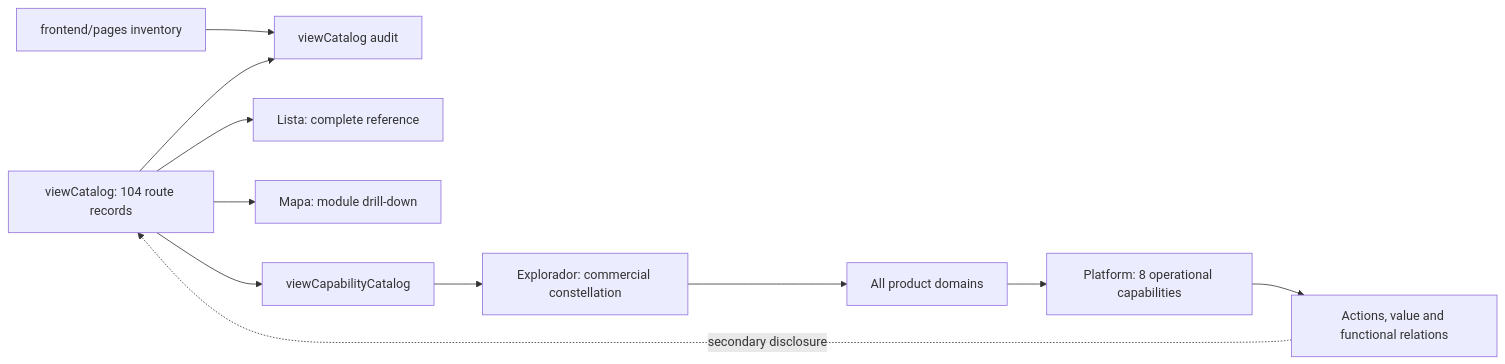
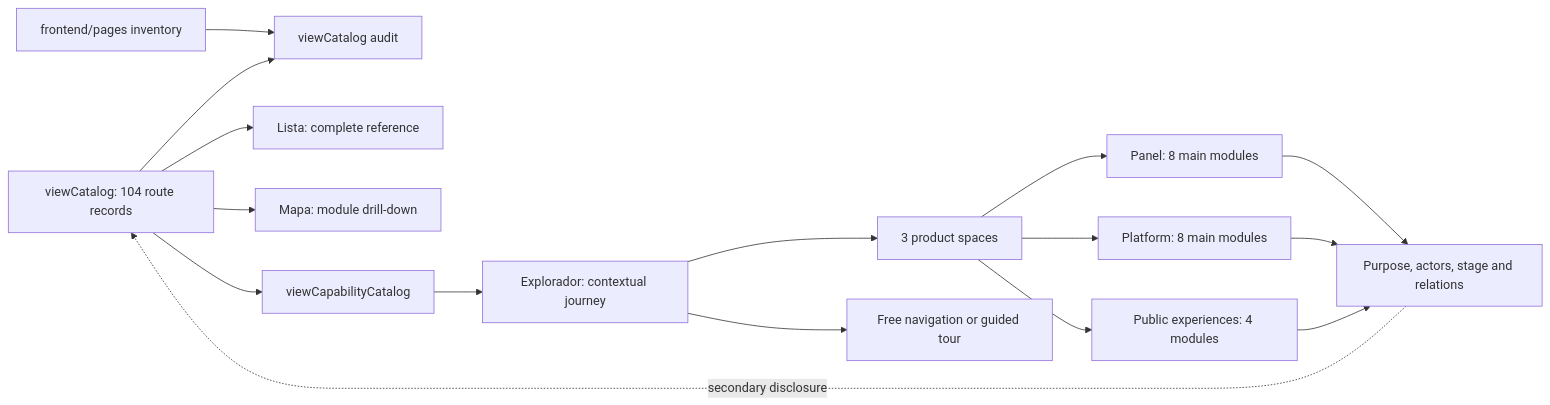
The eighth of 21 diagrams in docs/methodology/architecture.md (gustavop-dev/projectapp), drawn with Mermaid before and after one commit. The commit also changed other lines of this file and 22 other files, not shown here.

````diff
--- a/docs/methodology/architecture.md
+++ b/docs/methodology/architecture.md
@@ -558,13 +558,18 @@
 ```mermaid
 flowchart LR
     Pages["frontend/pages inventory"] --> Audit["viewCatalog audit"]
     Routes["viewCatalog: 104 route records"] --> Audit
     Routes --> List["Lista: complete reference"]
     Routes --> Map["Mapa: module drill-down"]
     Routes --> Capabilities["viewCapabilityCatalog"]
-    Capabilities --> Explorer["Explorador: commercial constellation"]
-    Explorer --> Domains["All product domains"]
-    Domains --> Platform["Platform: 8 operational capabilities"]
-    Platform --> Benefits["Actions, value and functional relations"]
+    Capabilities --> Explorer["Explorador: contextual journey"]
+    Explorer --> Spaces["3 product spaces"]
+    Spaces --> Panel["Panel: 8 main modules"]
+    Spaces --> Platform["Platform: 8 main modules"]
+    Spaces --> Public["Public experiences: 4 modules"]
+    Panel --> Benefits["Purpose, actors, stage and relations"]
+    Platform --> Benefits
+    Public --> Benefits
+    Explorer --> Tour["Free navigation or guided tour"]
     Benefits -. secondary disclosure .-> Routes
 ```
````
